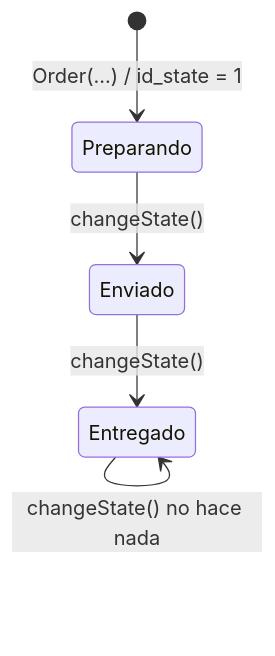
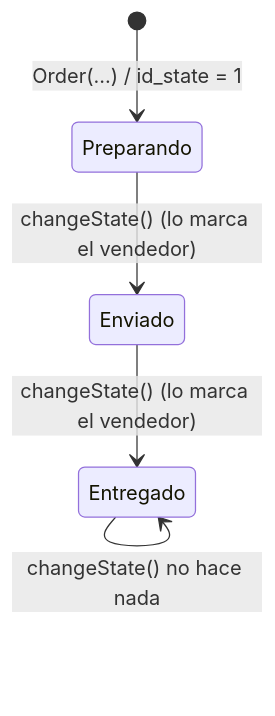
Before and after one commit to Jesusjes00/Le-cartoon-Gourtmet: the third of 5 diagrams in docs/REFERENCIA_TECNICA.md, drawn with Mermaid. The commit also changed other lines of this file, not shown here.

````diff
--- a/docs/REFERENCIA_TECNICA.md
+++ b/docs/REFERENCIA_TECNICA.md
@@ -283,7 +446,7 @@
 ```mermaid
 stateDiagram-v2
     [*] --> Preparando: Order(...) / id_state = 1
-    Preparando --> Enviado: changeState()
-    Enviado --> Entregado: changeState()
+    Preparando --> Enviado: changeState() (lo marca el vendedor)
+    Enviado --> Entregado: changeState() (lo marca el vendedor)
     Entregado --> Entregado: changeState() no hace nada
 ```
````
